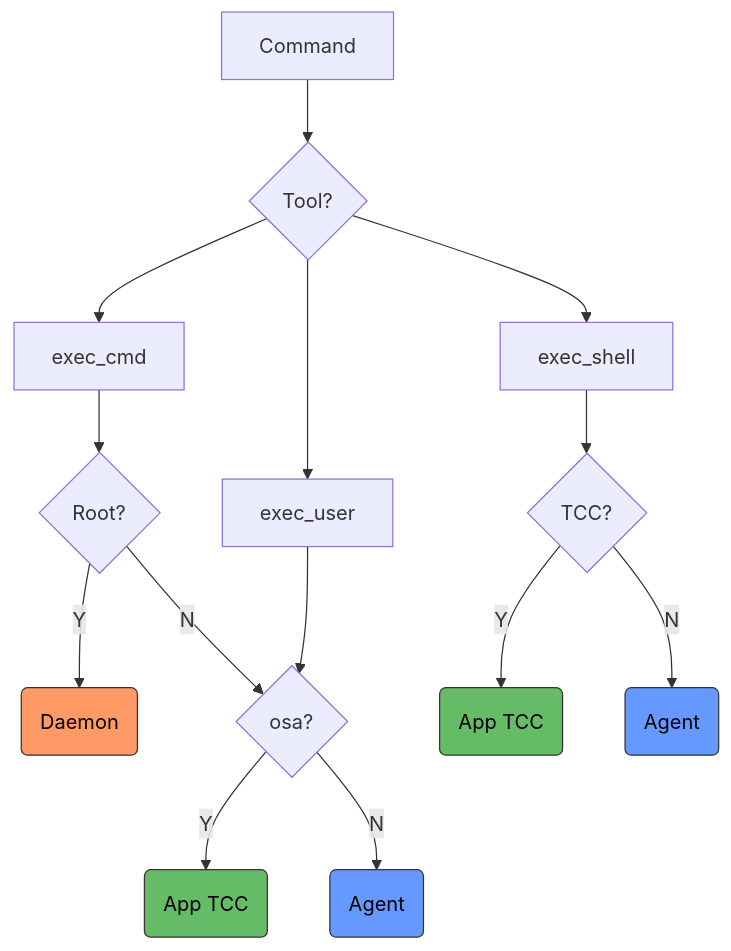
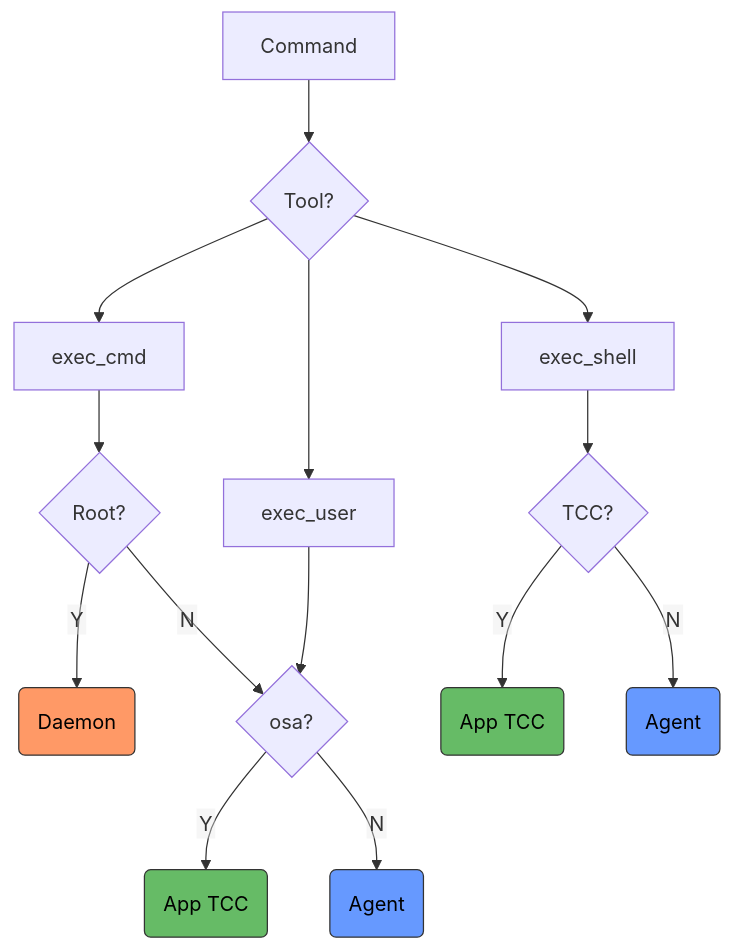
The diagram in README.md (macOS26/Agent), drawn with Mermaid before and after one commit.

Commit message:
Fix Mermaid text clipping with htmlLabels: false

````diff
--- a/README.md
+++ b/README.md
@@ -443,26 +443,27 @@
 ```mermaid
+%%{init: {"flowchart": {"htmlLabels": false}} }%%
 flowchart TD
     A[Command] --> B{Tool?}
     B --> C[exec_cmd]
     B --> D[exec_user]
     B --> E[exec_shell]
 
     C --> F{Root?}
     F -- Y --> G(Daemon)
     F -- N --> H{osa?}
 
     D --> H
 
     H -- Y --> I(App TCC)
     H -- N --> J(Agent)
 
     E --> K{TCC?}
     K -- Y --> L(App TCC)
     K -- N --> M(Agent)
 
     style G fill:#f96,stroke:#333,color:#000
     style I fill:#6b6,stroke:#333,color:#000
     style L fill:#6b6,stroke:#333,color:#000
     style J fill:#69f,stroke:#333,color:#000
     style M fill:#69f,stroke:#333,color:#000
 ```
````
